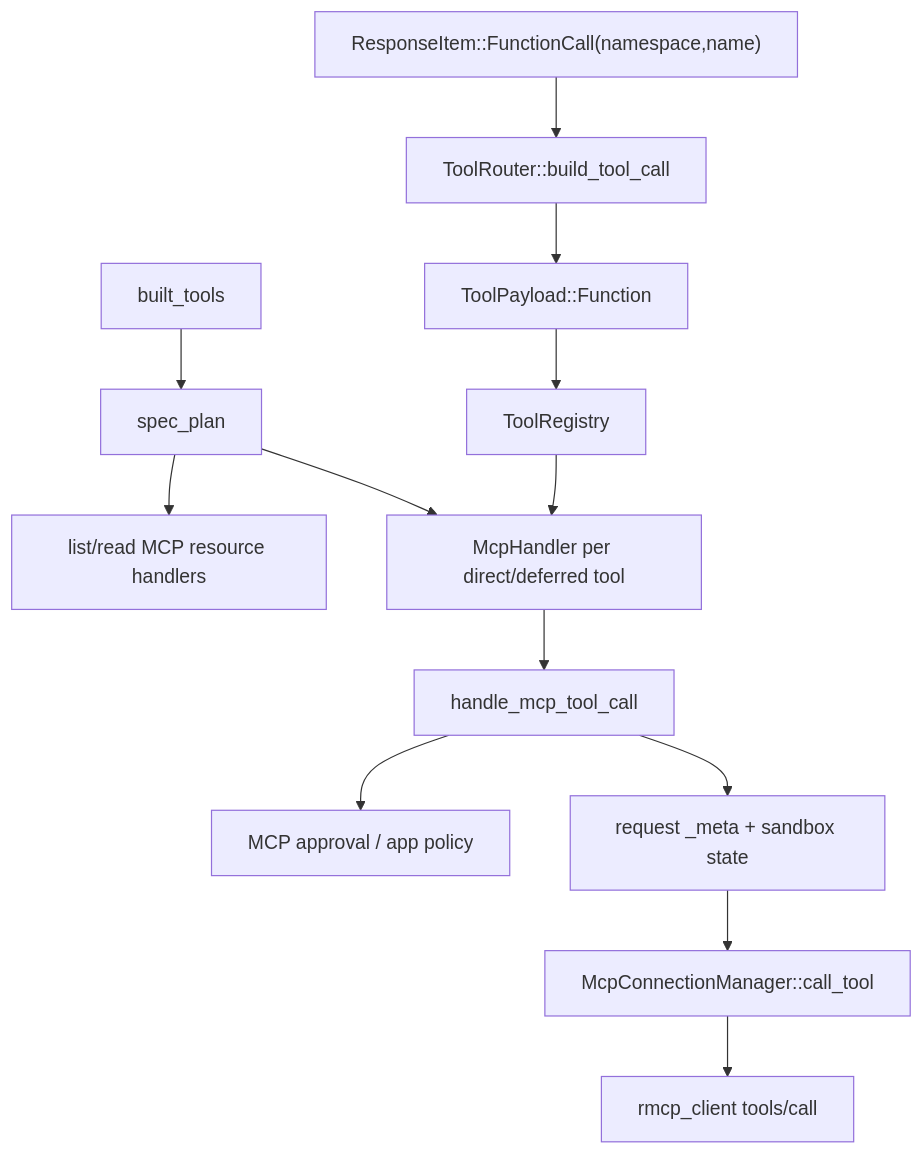
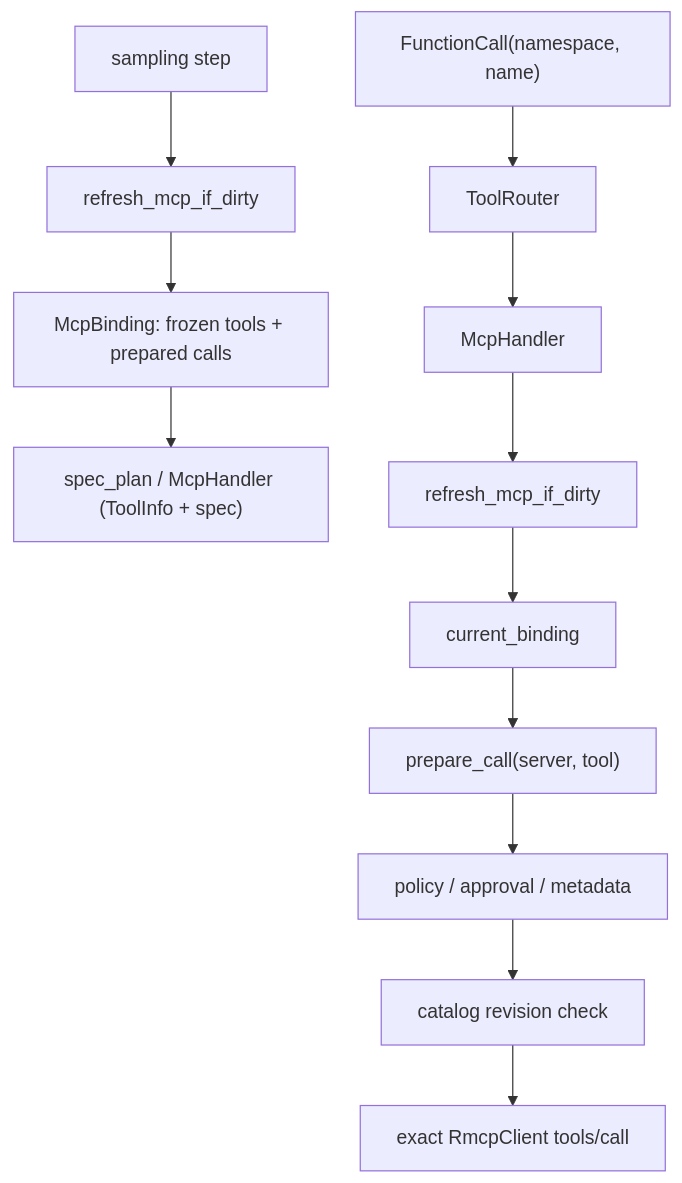
The diagram in docs/llm-wiki/codex/spine/trace-mcp-call.md (wdnmdtonyma/SOTA-Agent-LLM-Wiki), drawn with Mermaid before and after one commit. The commit also changed other lines of this file and 180 other files, not shown here.

````diff
--- a/docs/llm-wiki/codex/spine/trace-mcp-call.md
+++ b/docs/llm-wiki/codex/spine/trace-mcp-call.md
@@ -24,15 +18,14 @@
 ```mermaid
 flowchart TD
-    TURN["built_tools"] --> PLAN["spec_plan"]
-    PLAN --> RESOURCE["list/read MCP resource handlers"]
-    PLAN --> HANDLER["McpHandler per direct/deferred tool"]
-    MODEL["ResponseItem::FunctionCall(namespace,name)"] --> ROUTER["ToolRouter::build_tool_call"]
-    ROUTER --> PAYLOAD["ToolPayload::Function"]
-    PAYLOAD --> REGISTRY["ToolRegistry"]
-    REGISTRY --> HANDLER
-    HANDLER --> TRACE["handle_mcp_tool_call"]
-    TRACE --> APPROVAL["MCP approval / app policy"]
-    TRACE --> META["request _meta + sandbox state"]
-    META --> SESSION["McpConnectionManager::call_tool"]
-    SESSION --> RMCP["rmcp_client tools/call"]
+    STEP["sampling step"] --> REFRESH["refresh_mcp_if_dirty"]
+    REFRESH --> BINDING["McpBinding: frozen tools + prepared calls"]
+    BINDING --> PLAN["spec_plan / McpHandler (ToolInfo + spec)"]
+    MODEL["FunctionCall(namespace, name)"] --> ROUTER["ToolRouter"]
+    ROUTER --> HANDLER["McpHandler"]
+    HANDLER --> REFRESH2["refresh_mcp_if_dirty"]
+    REFRESH2 --> CURRENT["current_binding"]
+    CURRENT --> PREPARED["prepare_call(server, tool)"]
+    PREPARED --> APPROVAL["policy / approval / metadata"]
+    APPROVAL --> REVISION["catalog revision check"]
+    REVISION --> RMCP["exact RmcpClient tools/call"]
 ```
````
